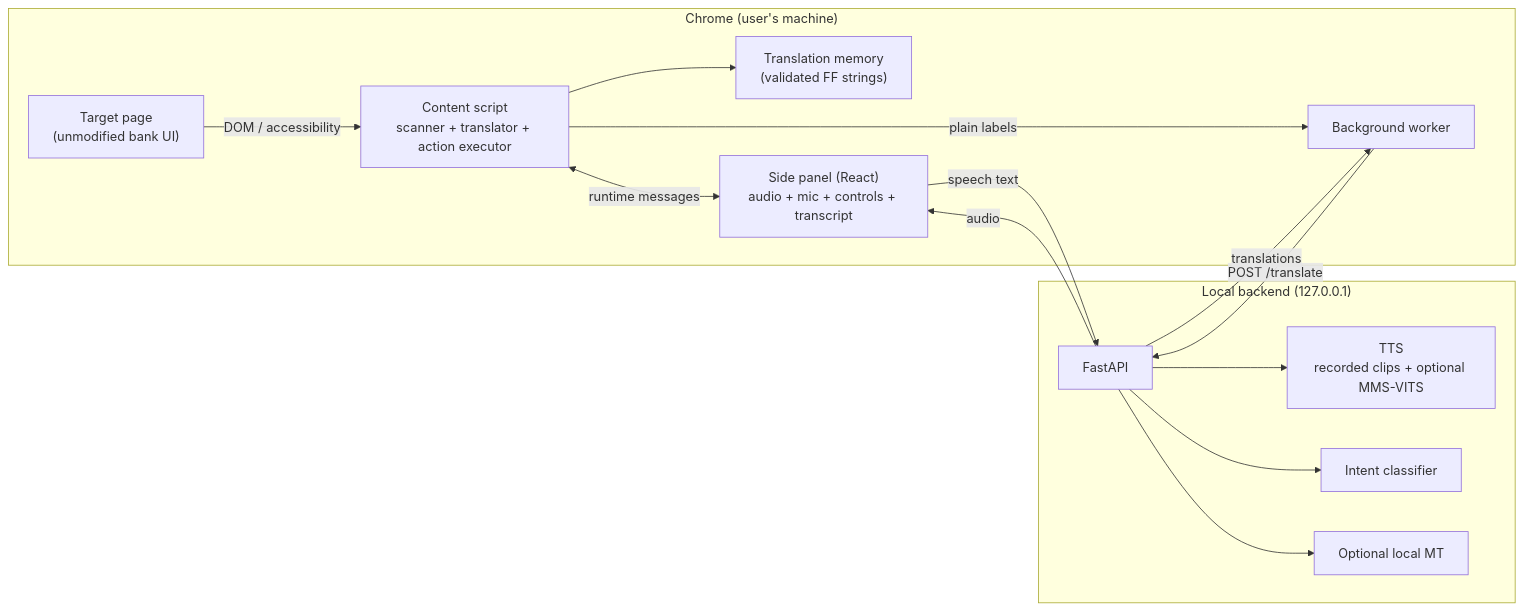
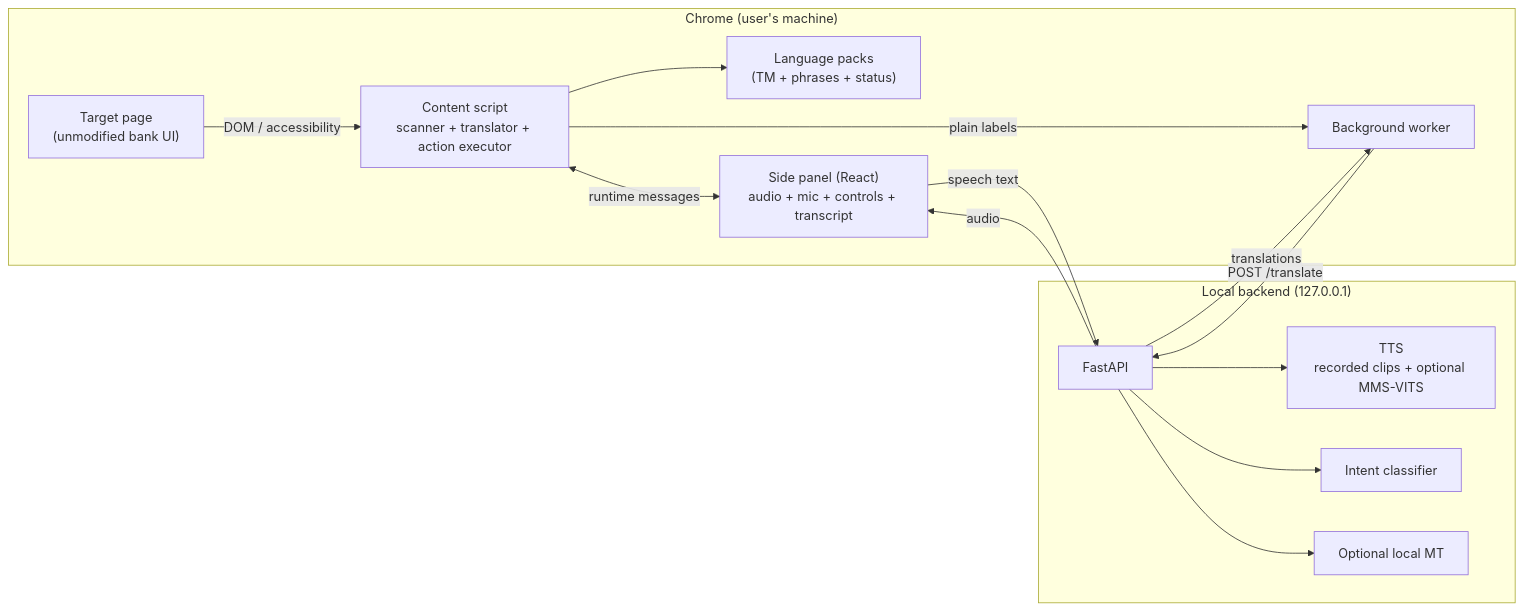
The diagram in docs/ARCHITECTURE.md (Zeusse-Neumbi/z-team-fulfulde), drawn with Mermaid before and after one commit. The commit also changed other lines of this file and 84 other files, not shown here.

First line of the commit message:
feat(release): align submission with two labelled language packs (#66)

````diff
--- a/docs/ARCHITECTURE.md
+++ b/docs/ARCHITECTURE.md
@@ -5,28 +5,28 @@
 ```mermaid
 flowchart LR
   subgraph Browser["Chrome (user's machine)"]
     P["Target page<br/>(unmodified bank UI)"]
     CS["Content script<br/>scanner + translator + action executor"]
-    TM["Translation memory<br/>(validated FF strings)"]
+    TM["Language packs<br/>(TM + phrases + status)"]
     SP["Side panel (React)<br/>audio + mic + controls + transcript"]
     P -->|DOM / accessibility| CS
     CS --> TM
     CS <-->|runtime messages| SP
     CS -->|plain labels| BG["Background worker"]
   end
 
   subgraph Local["Local backend (127.0.0.1)"]
     API["FastAPI"]
     TTS["TTS<br/>recorded clips + optional MMS-VITS"]
     ASR["Intent classifier"]
     MT["Optional local MT"]
     API --> TTS
     API --> ASR
     API --> MT
   end
 
   BG -->|POST /translate| API
   SP -->|speech text| API
   API -->|audio| SP
   API -->|translations| BG
 ```
````
